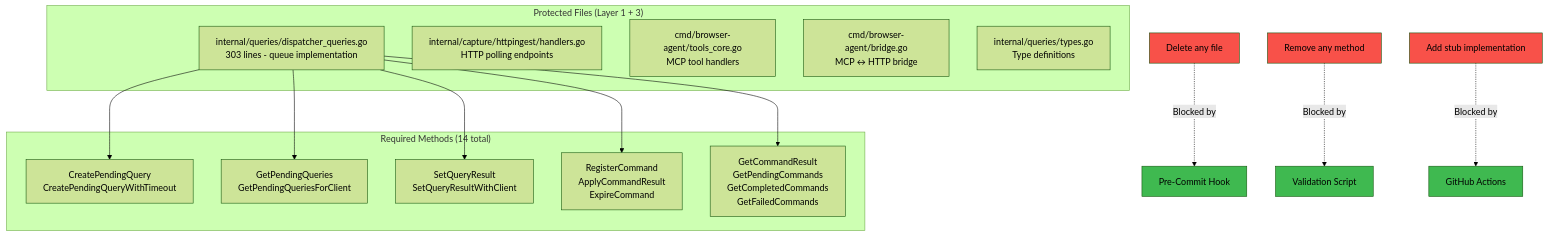
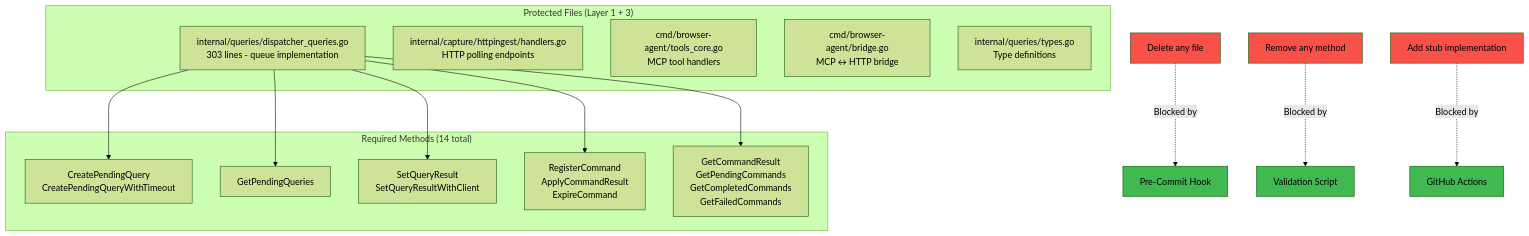
One commit to brennhill/Kaboom-Browser-AI-Devtools-MCP changed the fifth of 6 diagrams in docs/architecture/diagrams/quality/5-layer-protection.md. Above: the diagram before and after it, drawn with Mermaid (forest theme). The commit also changed 6 other files, not shown here.

````diff
--- a/docs/architecture/diagrams/quality/5-layer-protection.md
+++ b/docs/architecture/diagrams/quality/5-layer-protection.md
@@ -193,35 +193,35 @@
 ```mermaid
 graph TB
     subgraph "Protected Files (Layer 1 + 3)"
         F1[internal/queries/dispatcher_queries.go<br/>303 lines - queue implementation]
         F2[internal/capture/httpingest/handlers.go<br/>HTTP polling endpoints]
         F3[cmd/browser-agent/tools_core.go<br/>MCP tool handlers]
         F4[cmd/browser-agent/bridge.go<br/>MCP ↔ HTTP bridge]
         F5[internal/queries/types.go<br/>Type definitions]
     end
 
     subgraph "Required Methods (14 total)"
         M1[CreatePendingQuery<br/>CreatePendingQueryWithTimeout]
-        M2[GetPendingQueries<br/>GetPendingQueriesForClient]
+        M2[GetPendingQueries]
         M3[SetQueryResult<br/>SetQueryResultWithClient]
         M4[RegisterCommand<br/>ApplyCommandResult<br/>ExpireCommand]
         M5[GetCommandResult<br/>GetPendingCommands<br/>GetCompletedCommands<br/>GetFailedCommands]
     end
 
     F1 --> M1
     F1 --> M2
     F1 --> M3
     F1 --> M4
     F1 --> M5
 
     Delete[Delete any file] -.->|Blocked by| Layer1[Pre-Commit Hook]
     Remove[Remove any method] -.->|Blocked by| Layer3[Validation Script]
     Stub[Add stub implementation] -.->|Blocked by| Layer4[GitHub Actions]
 
     style Delete fill:#f85149
     style Remove fill:#f85149
     style Stub fill:#f85149
     style Layer1 fill:#3fb950
     style Layer3 fill:#3fb950
     style Layer4 fill:#3fb950
 ```
````
